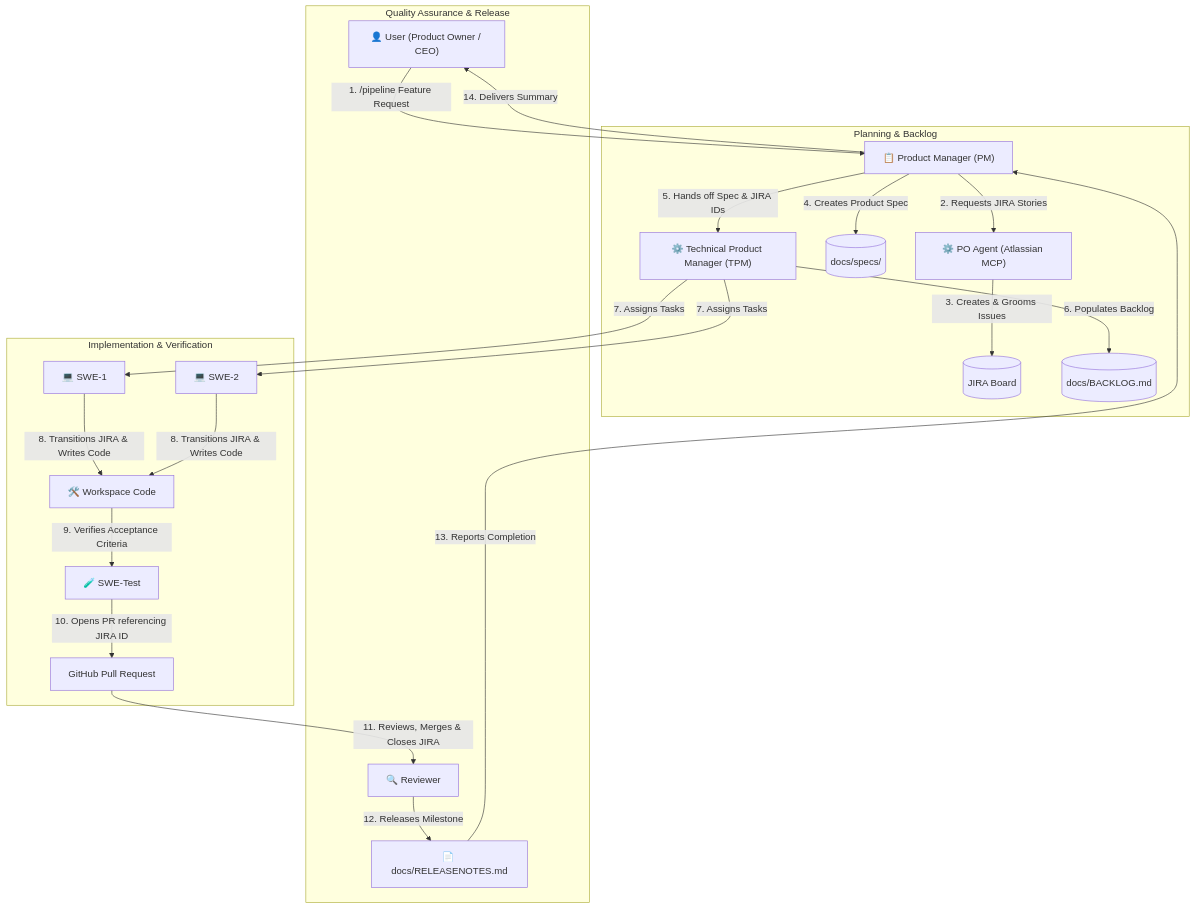
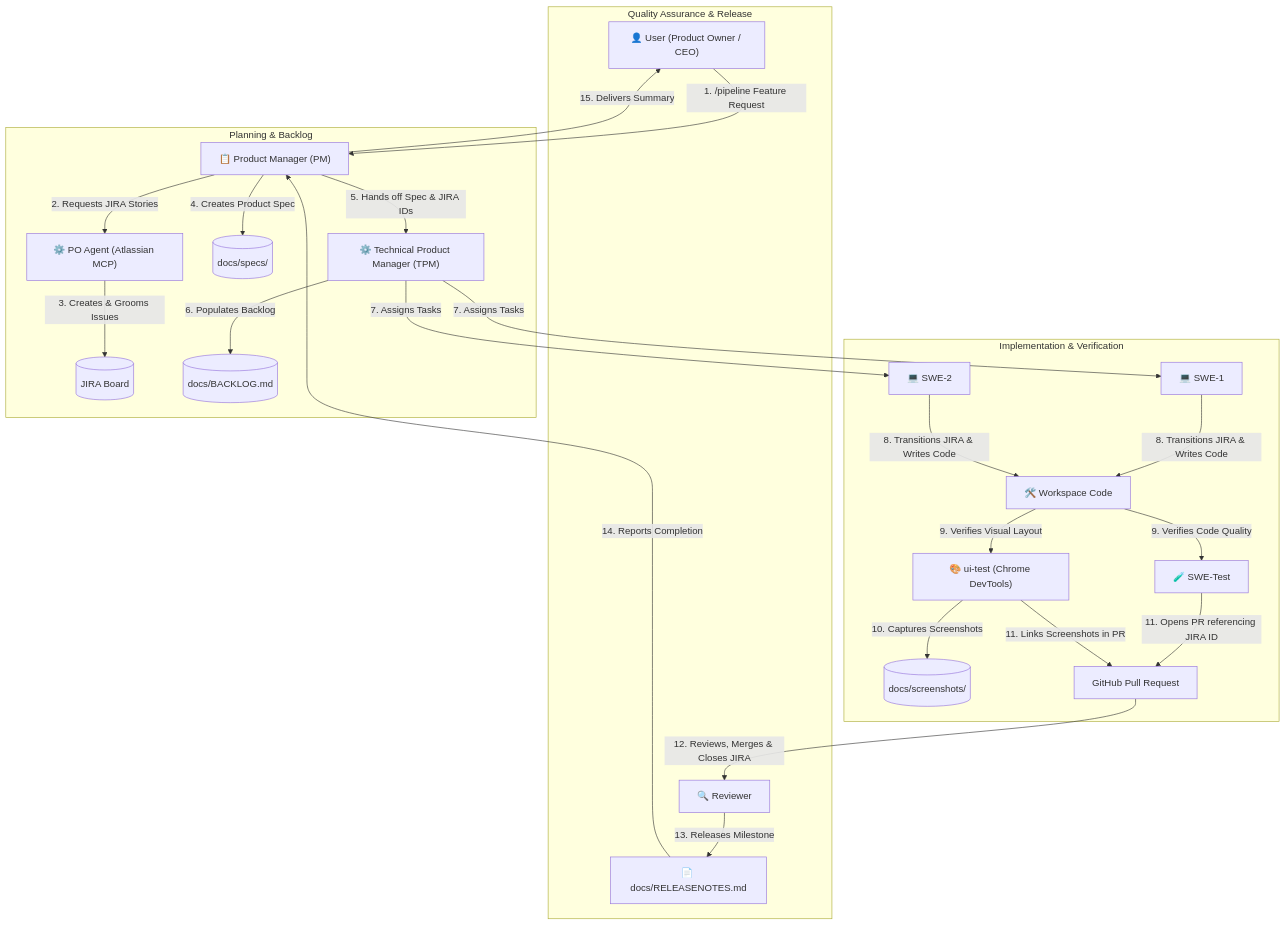
Before and after one commit to gitrey/scion-appteam: the diagram in README.md, drawn with Mermaid.

Commit message:
docs(readme): integrate ui-test agent into the workflow Mermaid diagram
- Add the ui-test agent alongside the SWE-Test agent in the Implementation & Verification subgraph.
- Show the screenshots data flow to docs/screenshots/ and their link mapping in GitHub Pull Requests.
- Update sequence numbers throughout the diagram to maintain a consistent workflow hierarchy.

````diff
--- a/README.md
+++ b/README.md
@@ -36,28 +36,31 @@
 ```mermaid
 graph TD
     User["👤 User (Product Owner / CEO)"] -->|1. /pipeline Feature Request| PM["📋 Product Manager (PM)"]
     
     subgraph "Planning & Backlog"
         PM -->|2. Requests JIRA Stories| PO["⚙️ PO Agent (Atlassian MCP)"]
         PO -->|3. Creates & Grooms Issues| JIRA[("JIRA Board")]
         PM -->|4. Creates Product Spec| Spec[("docs/specs/")]
         PM -->|5. Hands off Spec & JIRA IDs| TPM["⚙️ Technical Product Manager (TPM)"]
         TPM -->|6. Populates Backlog| Backlog[("docs/BACKLOG.md")]
     end
     
     subgraph "Implementation & Verification"
         TPM -->|7. Assigns Tasks| SWE1["💻 SWE-1"]
         TPM -->|7. Assigns Tasks| SWE2["💻 SWE-2"]
         SWE1 -->|8. Transitions JIRA & Writes Code| Codebase["🛠️ Workspace Code"]
         SWE2 -->|8. Transitions JIRA & Writes Code| Codebase
-        Codebase -->|9. Verifies Acceptance Criteria| Test["🧪 SWE-Test"]
-        Test -->|10. Opens PR referencing JIRA ID| PR["GitHub Pull Request"]
+        Codebase -->|9. Verifies Code Quality| Test["🧪 SWE-Test"]
+        Codebase -->|9. Verifies Visual Layout| UITest["🎨 ui-test (Chrome DevTools)"]
+        UITest -->|10. Captures Screenshots| Screenshots[("docs/screenshots/")]
+        Test -->|11. Opens PR referencing JIRA ID| PR["GitHub Pull Request"]
+        UITest -->|11. Links Screenshots in PR| PR
     end
     
     subgraph "Quality Assurance & Release"
-        PR -->|11. Reviews, Merges & Closes JIRA| Reviewer["🔍 Reviewer"]
-        Reviewer -->|12. Releases Milestone| Release["📄 docs/RELEASENOTES.md"]
-        Release -->|13. Reports Completion| PM
-        PM -->|14. Delivers Summary| User
+        PR -->|12. Reviews, Merges & Closes JIRA| Reviewer["🔍 Reviewer"]
+        Reviewer -->|13. Releases Milestone| Release["📄 docs/RELEASENOTES.md"]
+        Release -->|14. Reports Completion| PM
+        PM -->|15. Delivers Summary| User
     end
 ```
````
